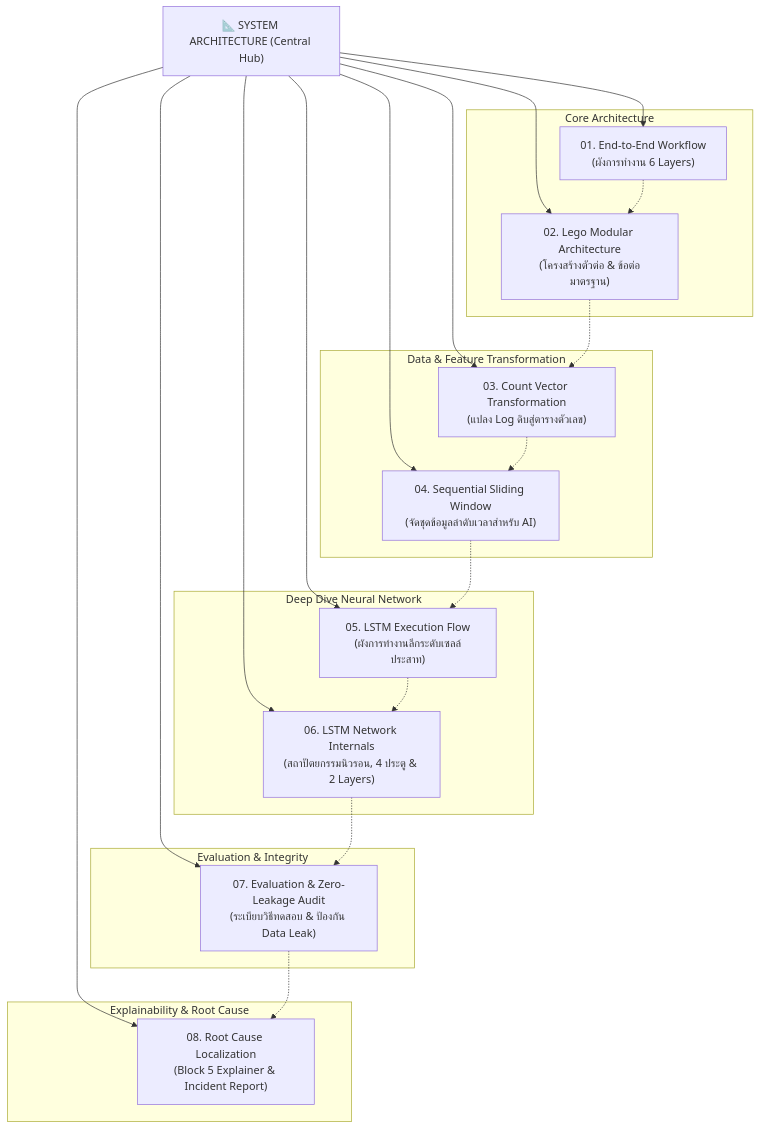
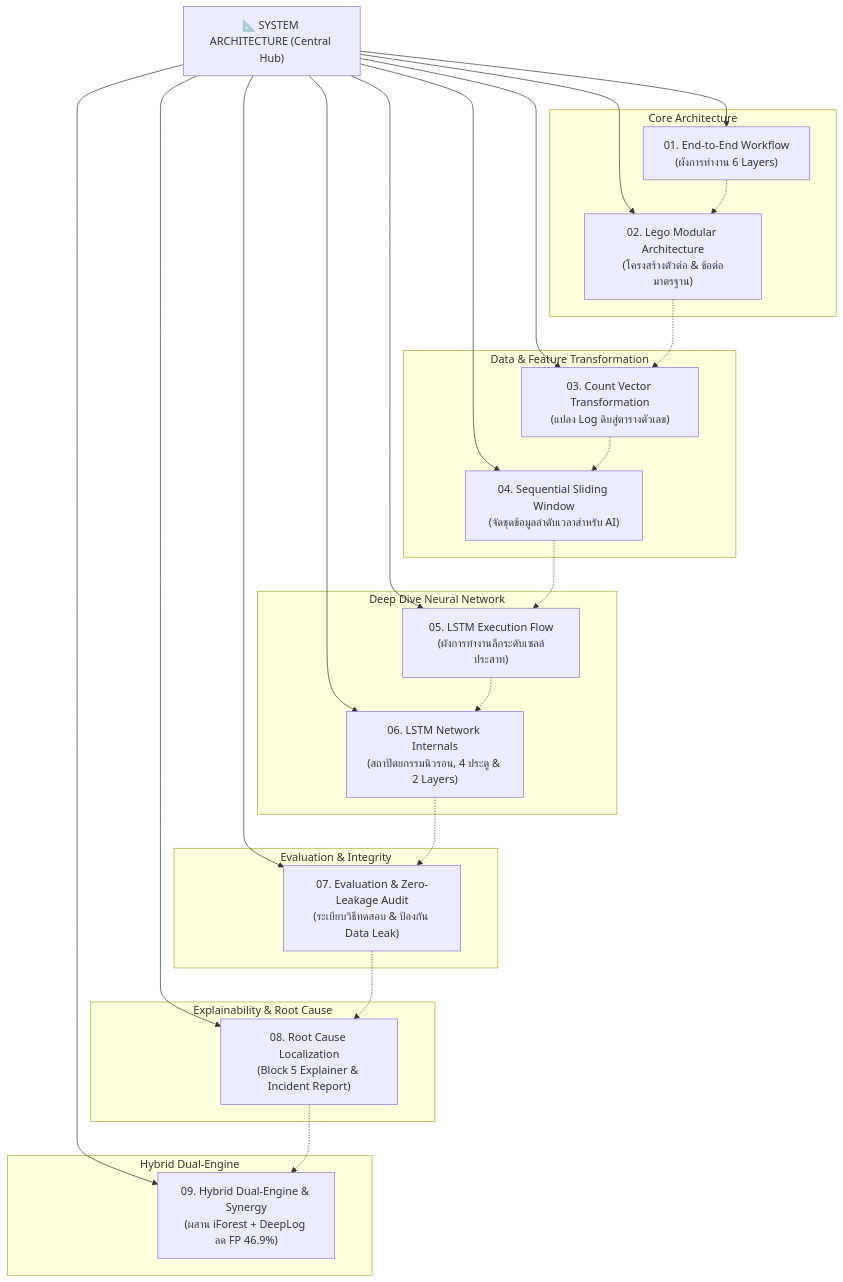
One commit to kora-ora/LogWatchdog changed the diagram in SYSTEM_ARCHITECTURE.md. Above: the diagram before and after it, drawn with Mermaid. The commit also changed other lines of this file and 8 other files, not shown here.

Commit message:
docs: update README, roadmap, and system architecture to reflect Hybrid Dual-Engine and 100% completion

````diff
--- a/SYSTEM_ARCHITECTURE.md
+++ b/SYSTEM_ARCHITECTURE.md
@@ -10,44 +10,50 @@
 ```mermaid
 flowchart TD
     Hub["📐 SYSTEM ARCHITECTURE (Central Hub)"]
     
     subgraph Core Architecture
         T1["01. End-to-End Workflow<br/>(ผังการทำงาน 6 Layers)"]
         T2["02. Lego Modular Architecture<br/>(โครงสร้างตัวต่อ & ข้อต่อมาตรฐาน)"]
     end
     
     subgraph Data & Feature Transformation
         T3["03. Count Vector Transformation<br/>(แปลง Log ดิบสู่ตารางตัวเลข)"]
         T4["04. Sequential Sliding Window<br/>(จัดชุดข้อมูลลำดับเวลาสำหรับ AI)"]
     end
     
     subgraph Deep Dive Neural Network
         T5["05. LSTM Execution Flow<br/>(ผังการทำงานลึกระดับเซลล์ประสาท)"]
         T6["06. LSTM Network Internals<br/>(สถาปัตยกรรมนิวรอน, 4 ประตู & 2 Layers)"]
     end
 
     subgraph Evaluation & Integrity
         T7["07. Evaluation & Zero-Leakage Audit<br/>(ระเบียบวิธีทดสอบ & ป้องกัน Data Leak)"]
     end
 
     subgraph Explainability & Root Cause
         T8["08. Root Cause Localization<br/>(Block 5 Explainer & Incident Report)"]
     end
+
+    subgraph Hybrid Dual-Engine
+        T9["09. Hybrid Dual-Engine & Synergy<br/>(ผสาน iForest + DeepLog ลด FP 46.9%)"]
+    end
     
     Hub --> T1
     Hub --> T2
     Hub --> T3
     Hub --> T4
     Hub --> T5
     Hub --> T6
     Hub --> T7
     Hub --> T8
+    Hub --> T9
 
     T1 -.-> T2
     T2 -.-> T3
     T3 -.-> T4
     T4 -.-> T5
     T5 -.-> T6
     T6 -.-> T7
     T7 -.-> T8
+    T8 -.-> T9
 ```
````
